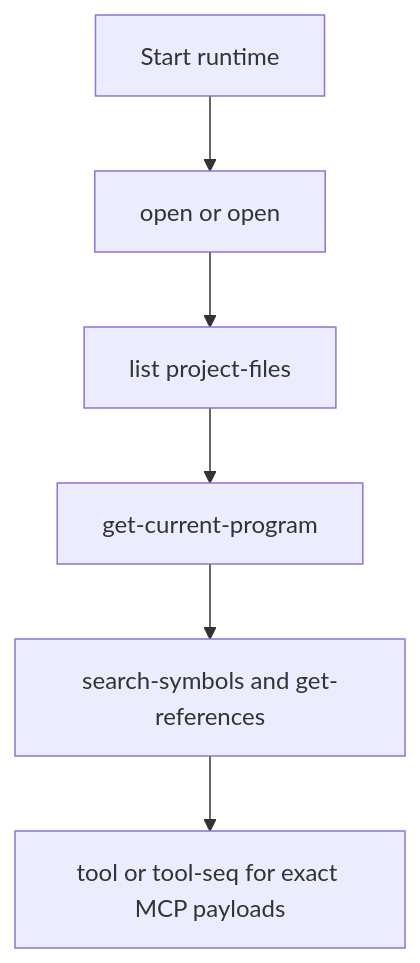
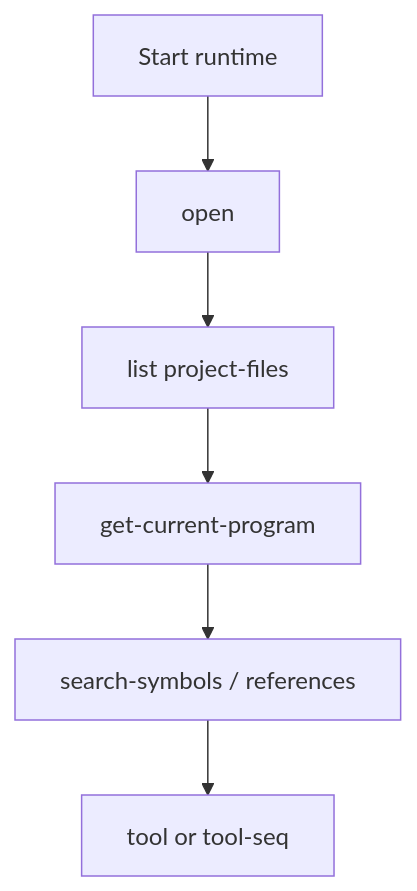
The first of 2 diagrams in USAGE.md (bolabaden/AgentDecompile), drawn with Mermaid before and after one commit. The commit also changed other lines of this file and 186 other files, not shown here.

````diff
--- a/USAGE.md
+++ b/USAGE.md
@@ -3,8 +5,9 @@
 ```mermaid
+
 flowchart TD
-  A[Start runtime] --> B[open or open]
+  A[Start runtime] --> B[open]
   B --> C[list project-files]
   C --> D[get-current-program]
-  D --> E[search-symbols and get-references]
-  E --> F[tool or tool-seq for exact MCP payloads]
+  D --> E[search-symbols / references]
+  E --> F[tool or tool-seq]
 ```
````
